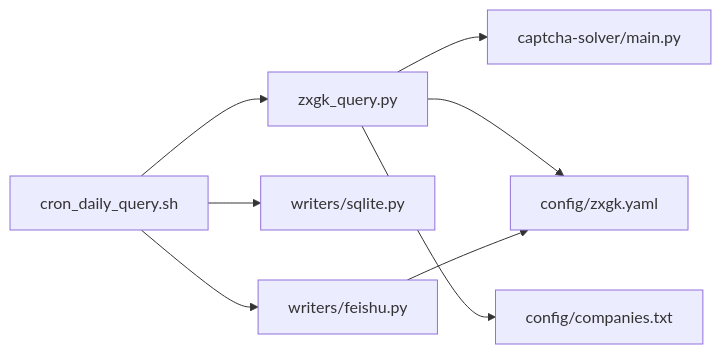
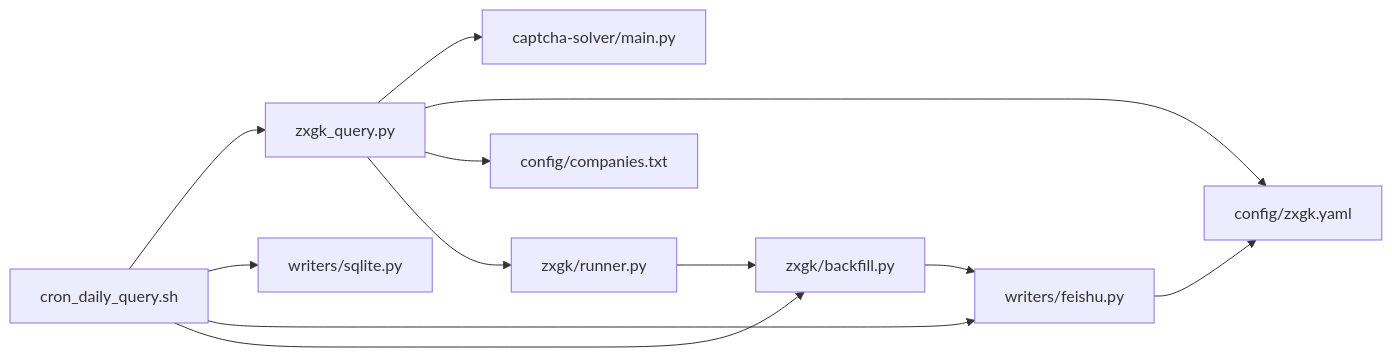
The eighth of 8 diagrams in .qoder/repowiki/en/content/Daily Workflow Orchestration.md (supotato-ipj/zxgk_auto_query-skill), drawn with Mermaid before and after one commit. The commit also changed other lines of this file and 24 other files, not shown here.

````diff
--- a/.qoder/repowiki/en/content/Daily Workflow Orchestration.md
+++ b/.qoder/repowiki/en/content/Daily Workflow Orchestration.md
@@ -328,10 +437,14 @@
 ```mermaid
 graph LR
 CRON["cron_daily_query.sh"] --> ZHQ["zxgk_query.py"]
 CRON --> WSQL["writers/sqlite.py"]
 CRON --> WFS["writers/feishu.py"]
+CRON --> BACKFILL["zxgk/backfill.py"]
 ZHQ --> CAP["captcha-solver/main.py"]
 ZHQ --> CFG["config/zxgk.yaml"]
 ZHQ --> COMPS["config/companies.txt"]
+ZHQ --> RUNNER["zxgk/runner.py"]
+RUNNER --> BACKFILL
+BACKFILL --> WFS
 WFS --> CFG
 ```
````
